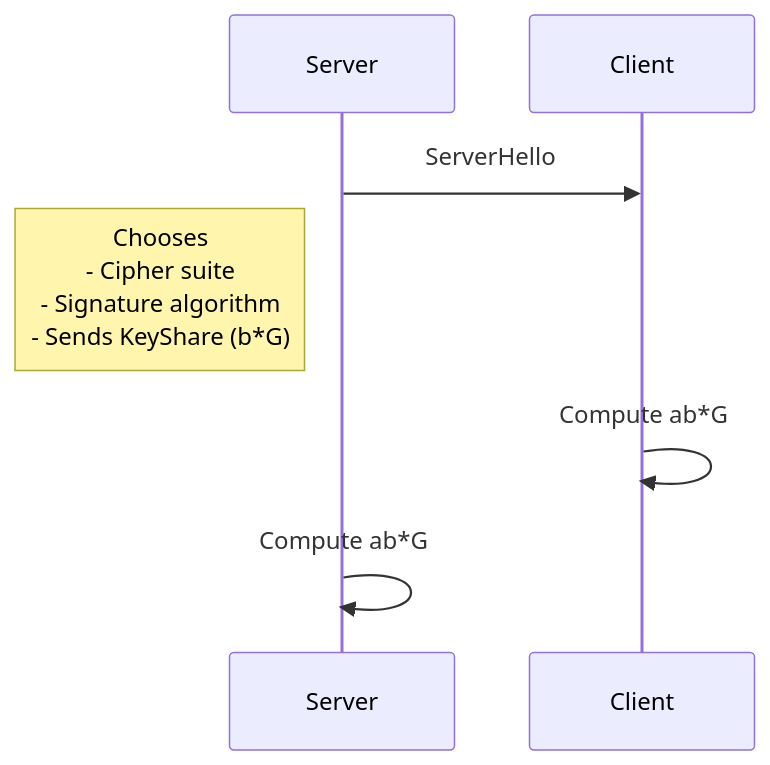
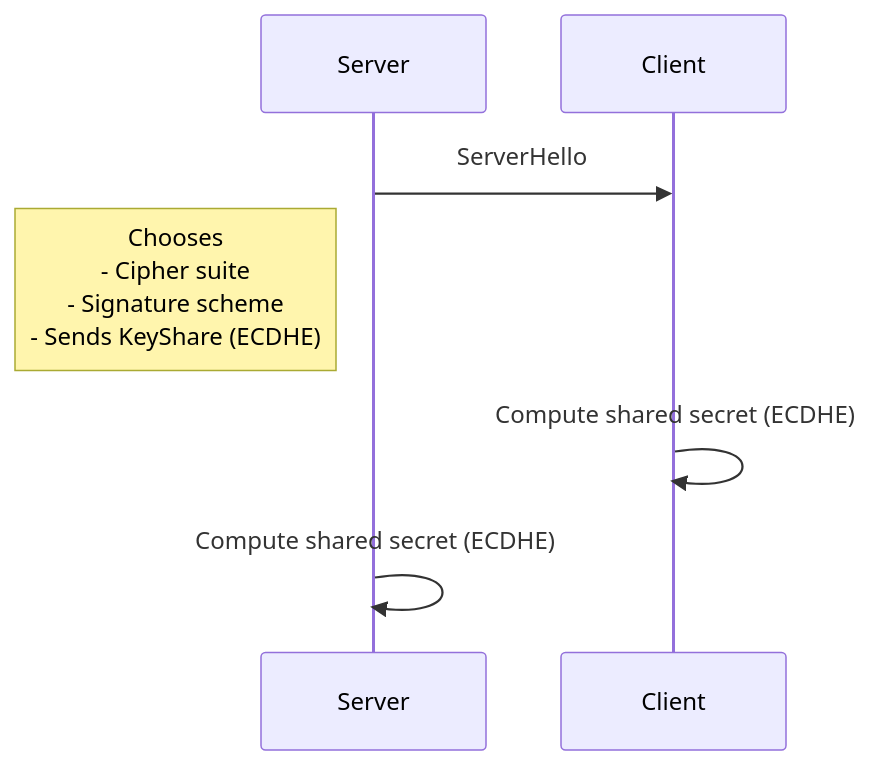
One commit to cicorias/ec-curves-handshakes changed the third of 5 diagrams in README.md. Above: the diagram before and after it, drawn with Mermaid. The commit also changed other lines of this file and 9 other files, not shown here.

````diff
--- a/README.md
+++ b/README.md
@@ -68,11 +53,11 @@
 ```mermaid
 sequenceDiagram
     participant Server
     participant Client
 
     Server->>Client: ServerHello
-    Note left of Server: Chooses<br/>- Cipher suite<br/>- Signature algorithm<br/>- Sends KeyShare (b*G)
+    Note left of Server: Chooses<br/>- Cipher suite<br/>- Signature scheme<br/>- Sends KeyShare (ECDHE)
 
-    Client->>Client: Compute ab*G
-    Server->>Server: Compute ab*G
+    Client->>Client: Compute shared secret (ECDHE)
+    Server->>Server: Compute shared secret (ECDHE)
 ```
````
